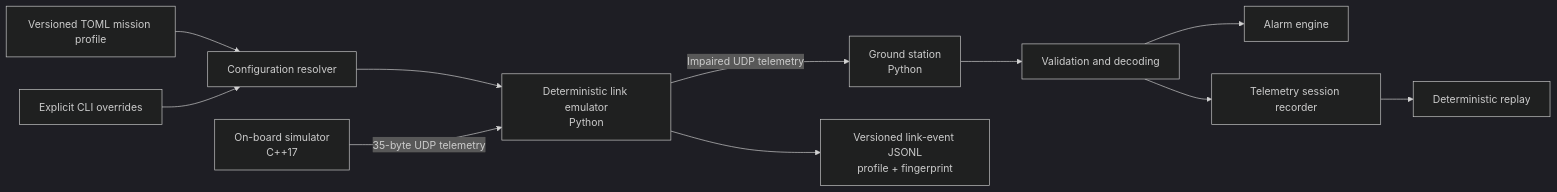
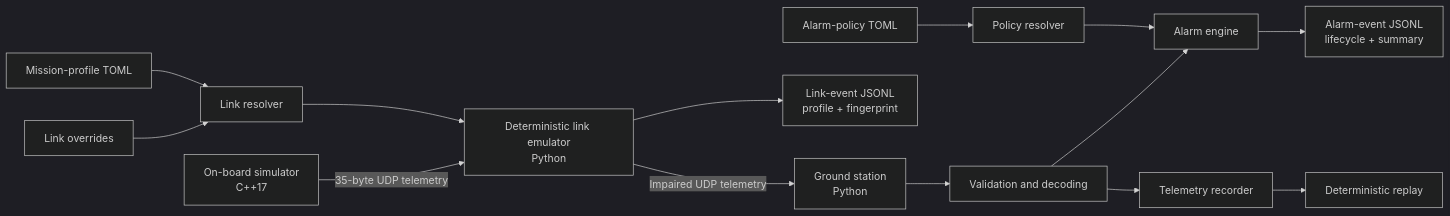
Before and after one commit to DavCalo/OrbitOps: the diagram in README.md, drawn with Mermaid (dark theme). The commit also changed other lines of this file and 13 other files, not shown here.

````diff
--- a/README.md
+++ b/README.md
@@ -44,13 +54,21 @@
 ```mermaid
 flowchart LR
-    PROF[Versioned TOML mission profile] --> RES[Configuration resolver]
-    CLI[Explicit CLI overrides] --> RES
-    RES --> LINK[Deterministic link emulator\nPython]
-    SIM[On-board simulator\nC++17] -->|35-byte UDP telemetry| LINK
-    LINK -->|Impaired UDP telemetry| RX[Ground station\nPython]
-    LINK --> EVT[Versioned link-event JSONL\nprofile + fingerprint]
+    PROF[Mission-profile TOML] --> LRES[Link resolver]
+    LCLI[Link overrides] --> LRES
+    LRES --> LINK[Deterministic link emulator
+Python]
+    SIM[On-board simulator
+C++17] -->|35-byte UDP telemetry| LINK
+    LINK -->|Impaired UDP telemetry| RX[Ground station
+Python]
+    LINK --> LEVT[Link-event JSONL
+profile + fingerprint]
+    POL[Alarm-policy TOML] --> PRES[Policy resolver]
+    PRES --> ALM[Alarm engine]
     RX --> DEC[Validation and decoding]
-    DEC --> ALM[Alarm engine]
-    DEC --> REC[Telemetry session recorder]
+    DEC --> ALM
+    ALM --> AEVT[Alarm-event JSONL
+lifecycle + summary]
+    DEC --> REC[Telemetry recorder]
     REC --> REP[Deterministic replay]
 ```
````
